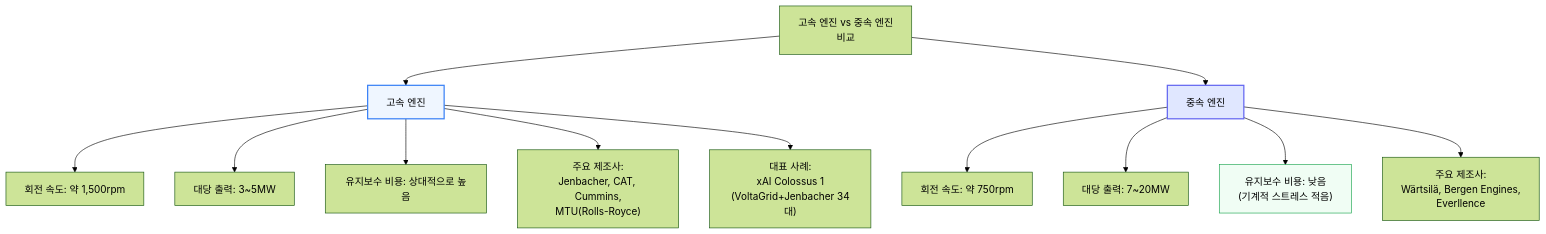
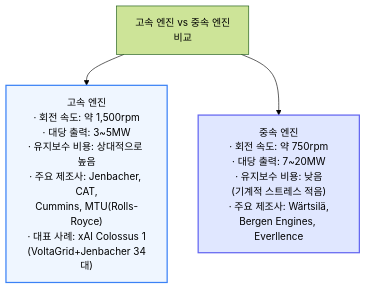
Diagram 11 of 34 in 원본 해석/[251231] AI 랩들은 어떻게 전력난을 해결하는가 - 온사이트 가스 딥다이브.md (yohan4477/semi-report), drawn with Mermaid (forest theme) before and after one commit. The commit also changed other lines of this file, not shown here.

First line of the commit message:
Fix all remaining diagram width violations in onsite gas doc (v14.0)

````diff
--- a/원본 해석/[251231] AI 랩들은 어떻게 전력난을 해결하는가 - 온사이트 가스 딥다이브.md
+++ b/원본 해석/[251231] AI 랩들은 어떻게 전력난을 해결하는가 - 온사이트 가스 딥다이브.md
@@ -410,20 +397,8 @@
 ```mermaid
 flowchart TD
-    CompareRICE["고속 엔진 vs 중속 엔진<br/>비교"] --> HighSpeedBox["고속 엔진"]
-    CompareRICE --> MedSpeedBox["중속 엔진"]
-
-    HighSpeedBox --> HSRpm["회전 속도: 약 1,500rpm"]
-    HighSpeedBox --> HSPower["대당 출력: 3~5MW"]
-    HighSpeedBox --> HSMaint["유지보수 비용: 상대적으로 높음"]
-    HighSpeedBox --> HSMaker["주요 제조사:<br/>Jenbacher, CAT, Cummins,<br/>MTU(Rolls-Royce)"]
-    HighSpeedBox --> HSCase["대표 사례:<br/>xAI Colossus 1<br/>(VoltaGrid+Jenbacher 34대)"]
-
-    MedSpeedBox --> MSRpm["회전 속도: 약 750rpm"]
-    MedSpeedBox --> MSPower["대당 출력: 7~20MW"]
-    MedSpeedBox --> MSMaint["유지보수 비용: 낮음<br/>(기계적 스트레스 적음)"]
-    MedSpeedBox --> MSMaker["주요 제조사:<br/>Wärtsilä, Bergen Engines,<br/>Everllence"]
+    CompareRICE["고속 엔진 vs 중속 엔진<br/>비교"] --> HighSpeedBox["고속 엔진<br/>· 회전 속도: 약 1,500rpm<br/>· 대당 출력: 3~5MW<br/>· 유지보수 비용: 상대적으로 높음<br/>· 주요 제조사: Jenbacher, CAT,<br/>Cummins, MTU(Rolls-Royce)<br/>· 대표 사례: xAI Colossus 1<br/>(VoltaGrid+Jenbacher 34대)"]
+    CompareRICE --> MedSpeedBox["중속 엔진<br/>· 회전 속도: 약 750rpm<br/>· 대당 출력: 7~20MW<br/>· 유지보수 비용: 낮음<br/>(기계적 스트레스 적음)<br/>· 주요 제조사: Wärtsilä,<br/>Bergen Engines, Everllence"]
 
     style HighSpeedBox fill:#eff6ff,stroke:#3b82f6,stroke-width:2px
     style MedSpeedBox fill:#e0e7ff,stroke:#6366f1,stroke-width:2px
-    style MSMaint fill:#f0fdf4,stroke:#16a34a
 ```
````
